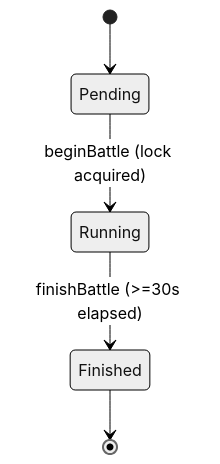
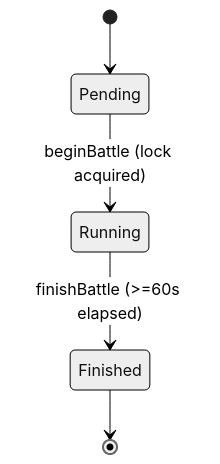
Before and after one commit to akulnurislam/social-game: the first of 5 diagrams in README.md, drawn with Mermaid (neutral theme). The commit also changed other lines of this file, not shown here.

Commit message:
readme update flow

````diff
--- a/README.md
+++ b/README.md
@@ -185,7 +185,7 @@
    ```mermaid
    stateDiagram-v2
        [*] --> Pending
        Pending --> Running: beginBattle (lock acquired)
-       Running --> Finished: finishBattle (>=30s elapsed)
+       Running --> Finished: finishBattle (>=60s elapsed)
        Finished --> [*]
    ```
````
